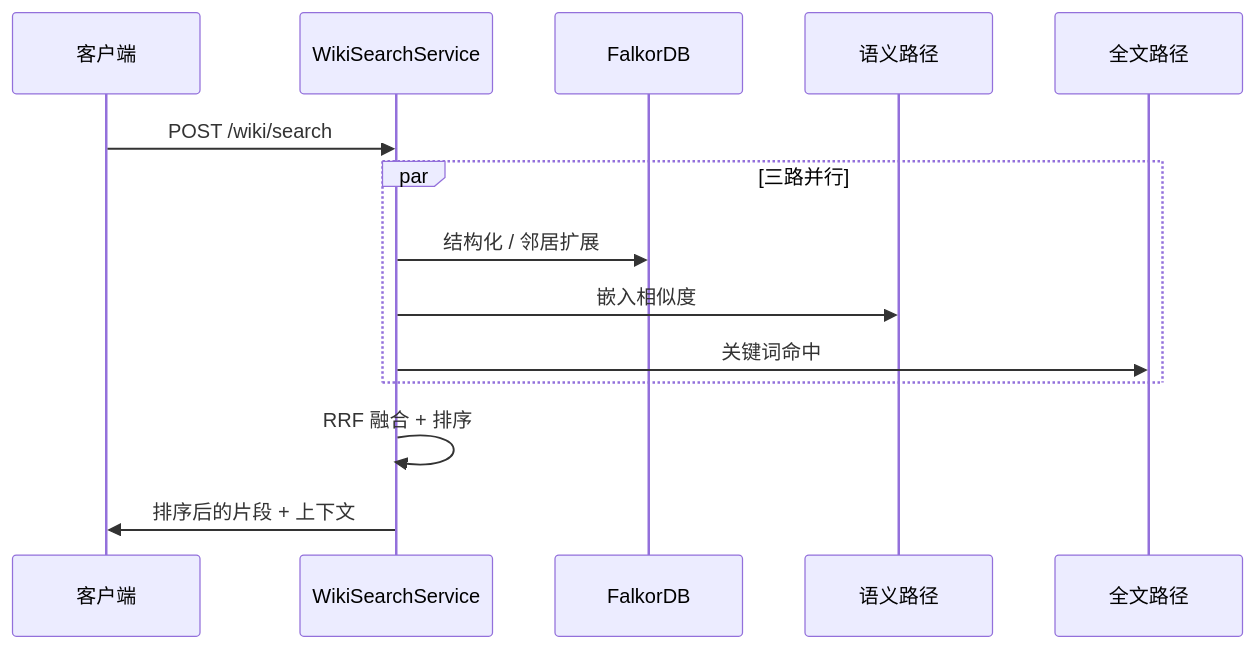
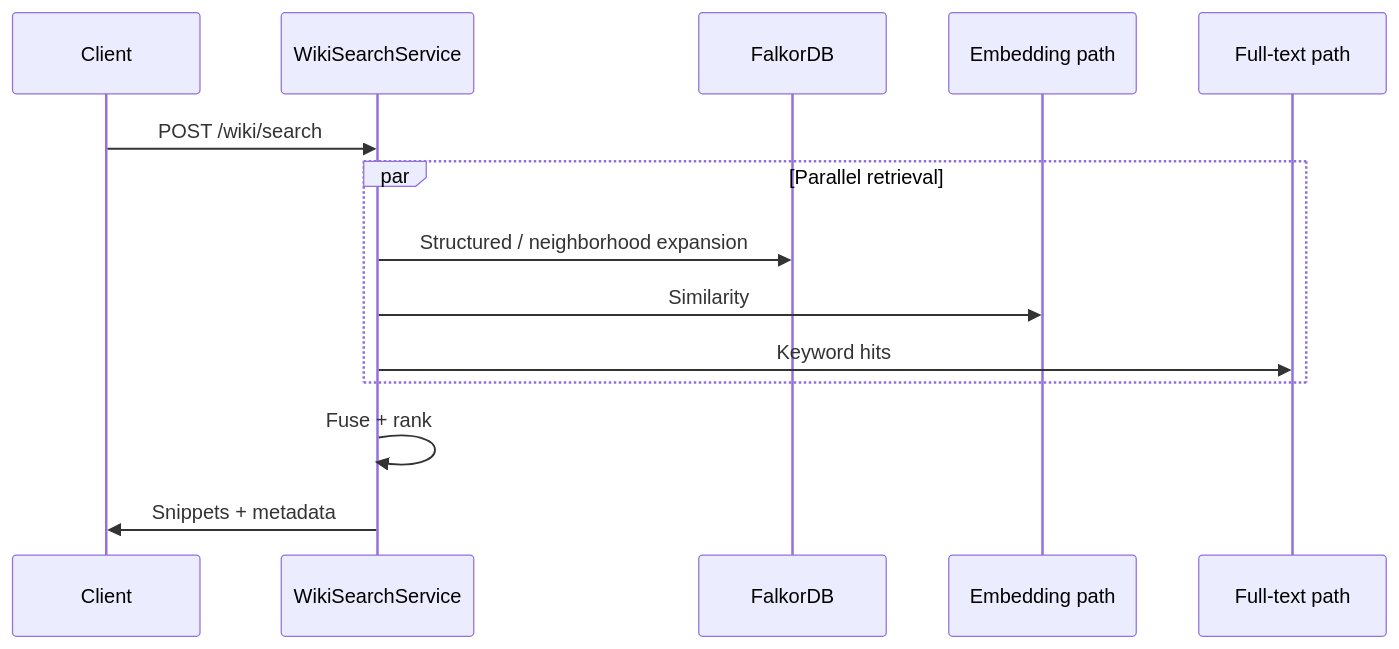
The second of 2 diagrams in docs/wiki-generation-architecture.md (EarthChen/knowledge-base-service), drawn with Mermaid before and after one commit. The commit also changed other lines of this file and 35 other files, not shown here.

````diff
--- a/docs/wiki-generation-architecture.md
+++ b/docs/wiki-generation-architecture.md
@@ -63,17 +56,17 @@
 ```mermaid
 sequenceDiagram
-    participant Client as 客户端
-    participant Search as WikiSearchService
-    participant Graph as FalkorDB
-    participant Vec as 语义路径
-    participant FTS as 全文路径
+  participant C as Client
+  participant S as WikiSearchService
+  participant G as FalkorDB
+  participant Vec as Embedding path
+  participant FTS as Full-text path
 
-    Client->>Search: POST /wiki/search
-    par 三路并行
-        Search->>Graph: 结构化 / 邻居扩展
-        Search->>Vec: 嵌入相似度
-        Search->>FTS: 关键词命中
-    end
-    Search->>Search: RRF 融合 + 排序
-    Search->>Client: 排序后的片段 + 上下文
+  C->>S: POST /wiki/search
+  par Parallel retrieval
+    S->>G: Structured / neighborhood expansion
+    S->>Vec: Similarity
+    S->>FTS: Keyword hits
+  end
+  S->>S: Fuse + rank
+  S->>C: Snippets + metadata
 ```
````
